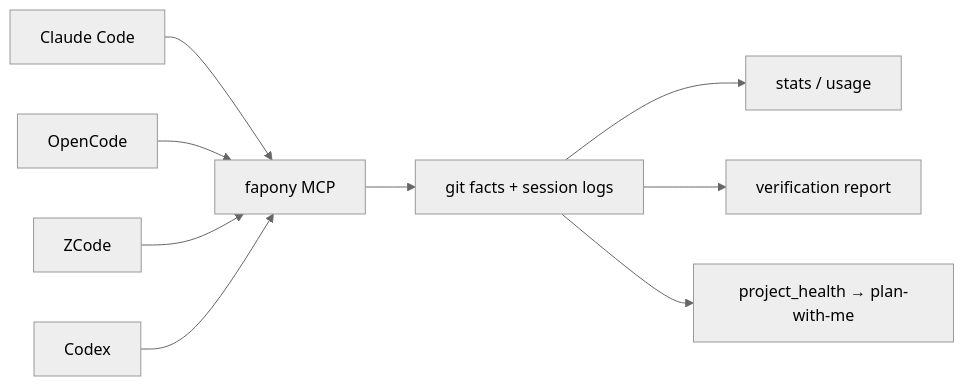
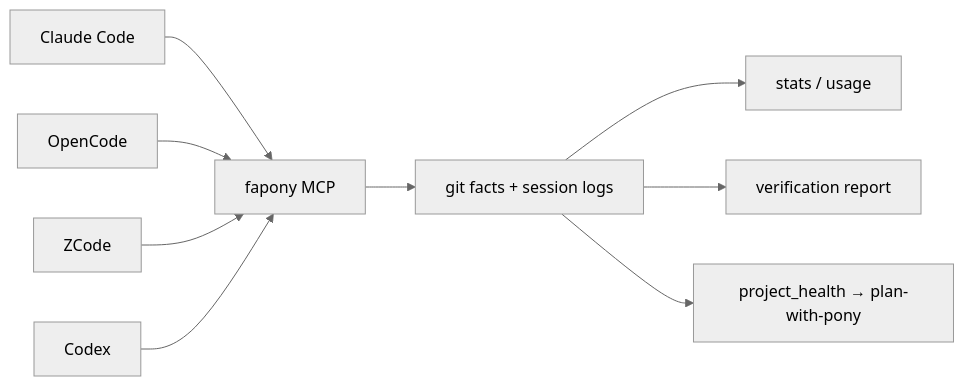
One commit to kire21b/fapony changed the first of 2 diagrams in README.md. Above: the diagram before and after it, drawn with Mermaid (neutral theme). The commit also changed other lines of this file and 9 other files, not shown here.

First line of the commit message:
fix(skill): absolute worktree key, and make plan-with-pony self-contained (#16)

````diff
--- a/README.md
+++ b/README.md
@@ -72,11 +72,11 @@
 ```mermaid
 flowchart LR
     A[Claude Code] --> F[fapony MCP]
     B[OpenCode] --> F
     C[ZCode] --> F
     D[Codex] --> F
     F --> G[git facts + session logs]
     G --> S[stats / usage]
     G --> V[verification report]
-    G --> P[project_health → plan-with-me]
+    G --> P[project_health → plan-with-pony]
 ```
````
